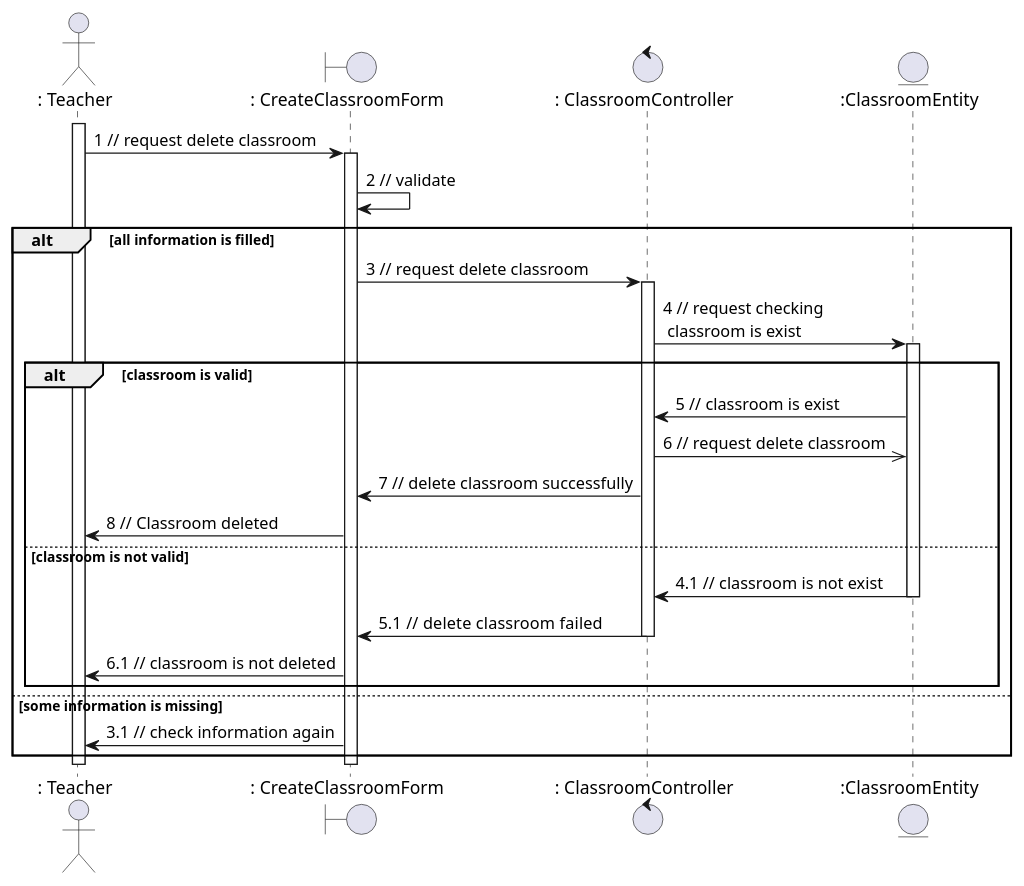
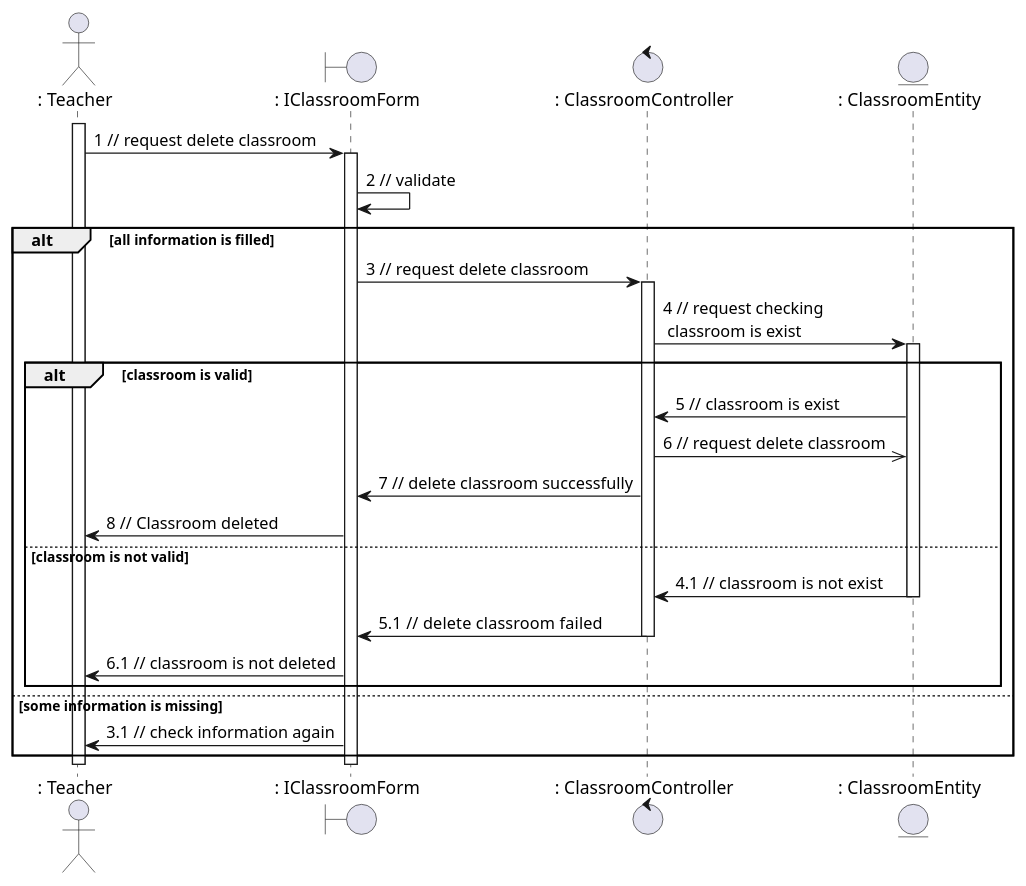
The diagram in sequence - analaysis/classroom/deleteClass.plantuml (anonyhostvn/OOAD-Diagram), drawn with PlantUML before and after one commit. The commit also changed 13 other files, not shown here.

```diff
--- a/sequence - analaysis/classroom/deleteClass.plantuml
+++ b/sequence - analaysis/classroom/deleteClass.plantuml
@@ -1,36 +1,36 @@
 @startuml deleteClass
 
 actor ": Teacher"
-boundary ": CreateClassroomForm"
+boundary ": IClassroomForm"
 control ": ClassroomController"
-entity ":ClassroomEntity"
+entity ": ClassroomEntity"
 
 activate ": Teacher"
-": Teacher" -> ": CreateClassroomForm": 1 // request delete classroom
-activate ": CreateClassroomForm"
-": CreateClassroomForm" -> ": CreateClassroomForm": 2 // validate
+": Teacher" -> ": IClassroomForm": 1 // request delete classroom
+activate ": IClassroomForm"
+": IClassroomForm" -> ": IClassroomForm": 2 // validate
 alt all information is filled
-    ": CreateClassroomForm" -> ": ClassroomController": 3 // request delete classroom
+    ": IClassroomForm" -> ": ClassroomController": 3 // request delete classroom
     activate ": ClassroomController"
-    ": ClassroomController" -> ":ClassroomEntity": 4 // request checking \n classroom is exist
-    activate ":ClassroomEntity"
+    ": ClassroomController" -> ": ClassroomEntity": 4 // request checking \n classroom is exist
+    activate ": ClassroomEntity"
     alt classroom is valid
-        ":ClassroomEntity" -> ": ClassroomController": 5 // classroom is exist 
-        ": ClassroomController" ->> ":ClassroomEntity": 6 // request delete classroom
-        ": ClassroomController" -> ": CreateClassroomForm": 7 // delete classroom successfully
-        ": CreateClassroomForm" -> ": Teacher": 8 // Classroom deleted
+        ": ClassroomEntity" -> ": ClassroomController": 5 // classroom is exist 
+        ": ClassroomController" ->> ": ClassroomEntity": 6 // request delete classroom
+        ": ClassroomController" -> ": IClassroomForm": 7 // delete classroom successfully
+        ": IClassroomForm" -> ": Teacher": 8 // Classroom deleted
     else classroom is not valid
-        ":ClassroomEntity" -> ": ClassroomController": 4.1 // classroom is not exist
-        deactivate ":ClassroomEntity"
-        ": ClassroomController" -> ": CreateClassroomForm": 5.1 // delete  classroom failed
+        ": ClassroomEntity" -> ": ClassroomController": 4.1 // classroom is not exist
+        deactivate ": ClassroomEntity"
+        ": ClassroomController" -> ": IClassroomForm": 5.1 // delete  classroom failed
         deactivate ": ClassroomController"
-        ": CreateClassroomForm" -> ": Teacher": 6.1 // classroom is not deleted
+        ": IClassroomForm" -> ": Teacher": 6.1 // classroom is not deleted
     end
 else some information is missing
-    ": CreateClassroomForm" -> ": Teacher": 3.1 // check information again
+    ": IClassroomForm" -> ": Teacher": 3.1 // check information again
 end
 
-deactivate ": CreateClassroomForm"
+deactivate ": IClassroomForm"
 deactivate ": Teacher"
 
 @enduml
```
